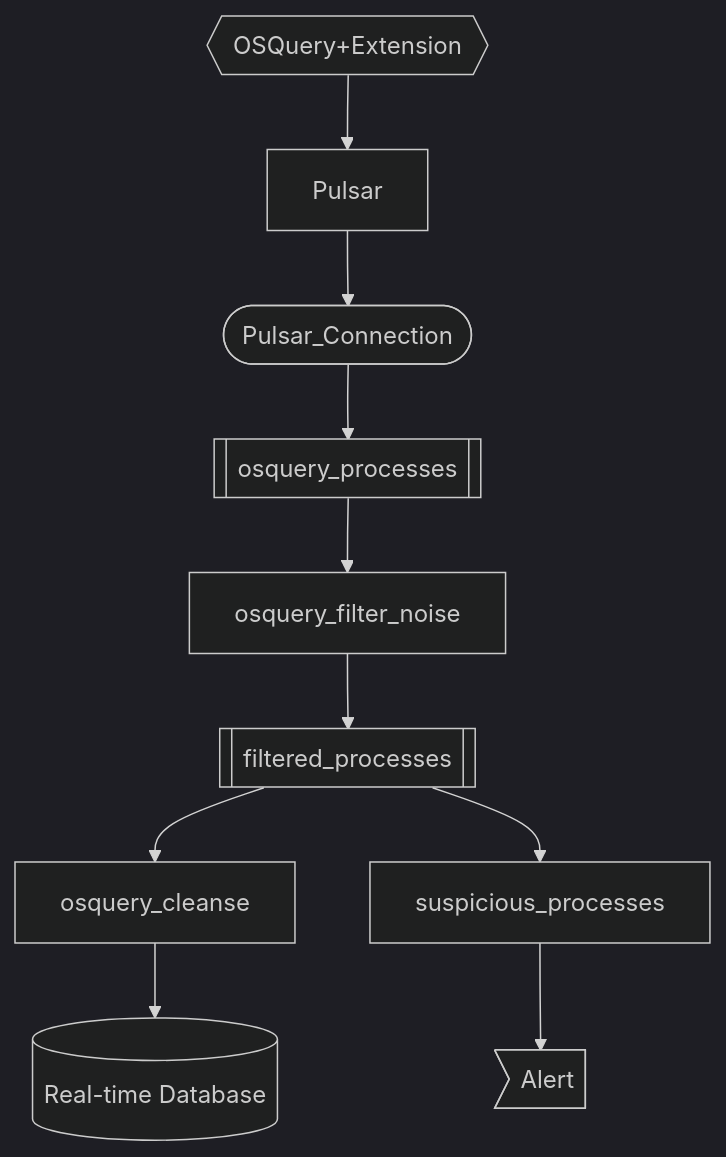
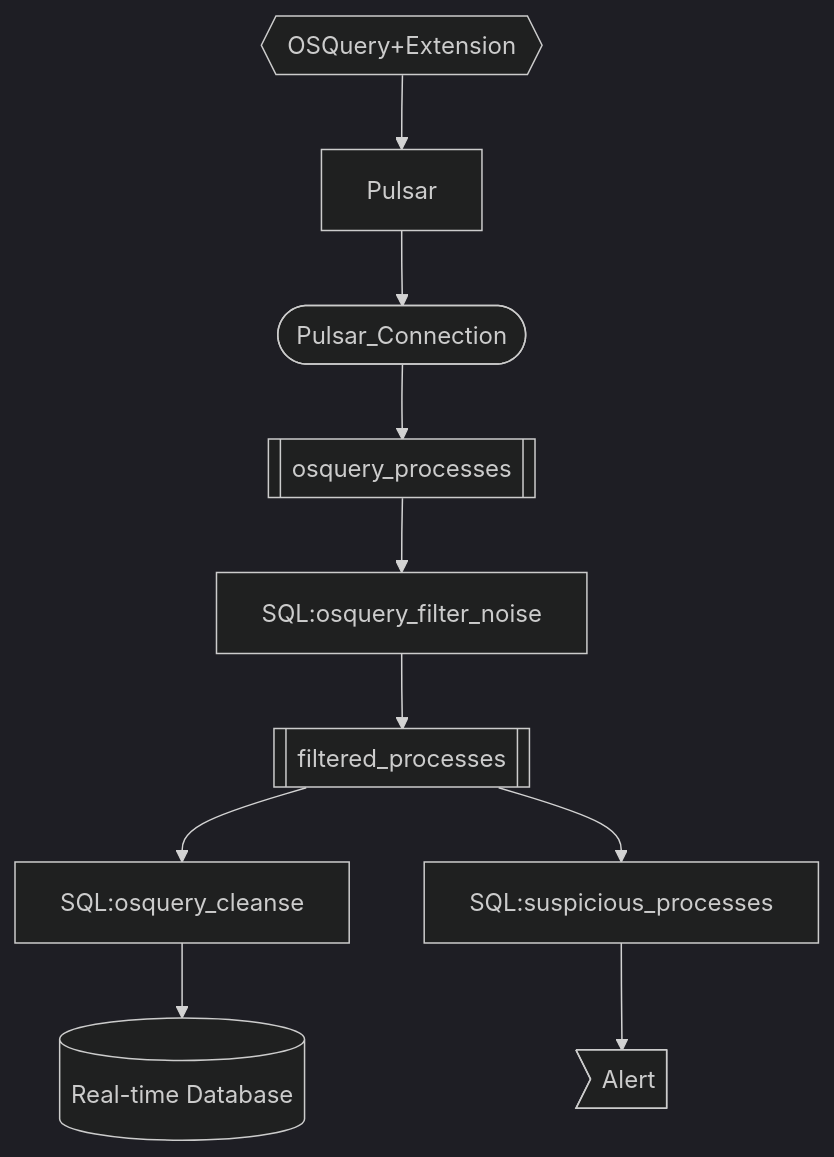
Before and after one commit to decodableco/examples: the diagram in osquery/README.md, drawn with Mermaid (dark theme).

````diff
--- a/osquery/README.md
+++ b/osquery/README.md
@@ -5,10 +5,10 @@
 ```mermaid
 flowchart TD;
     os{{OSQuery+Extension}}-->Pulsar-->pc([Pulsar_Connection])
     
-    pc-->opp[[osquery_processes]]-->osquery_filter_noise-->fp[[filtered_processes]]
+    pc-->opp[[osquery_processes]]-->SQL:osquery_filter_noise-->fp[[filtered_processes]]
 
-    fp-->osquery_cleanse-->db[(Real-time Database)]
-    fp-->suspicious_processes-->a>Alert]
+    fp-->SQL:osquery_cleanse-->db[(Real-time Database)]
+    fp-->SQL:suspicious_processes-->a>Alert]
 
 ```
````
